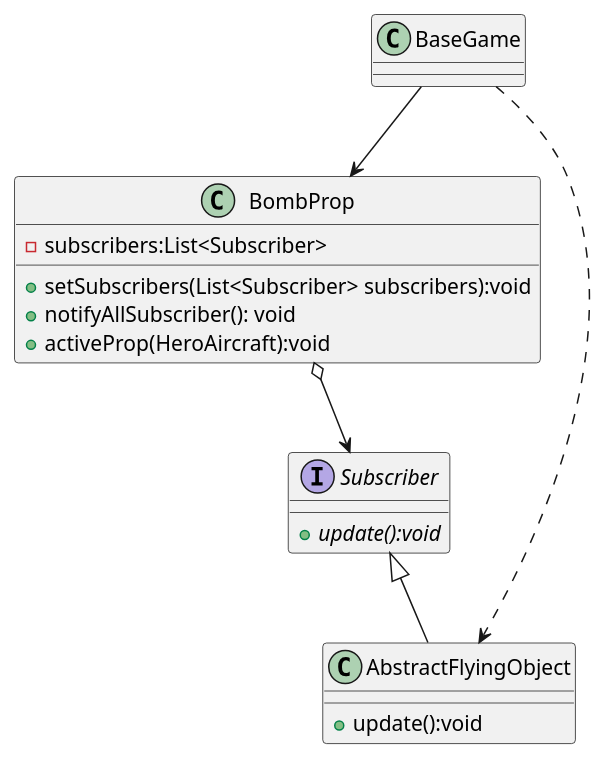
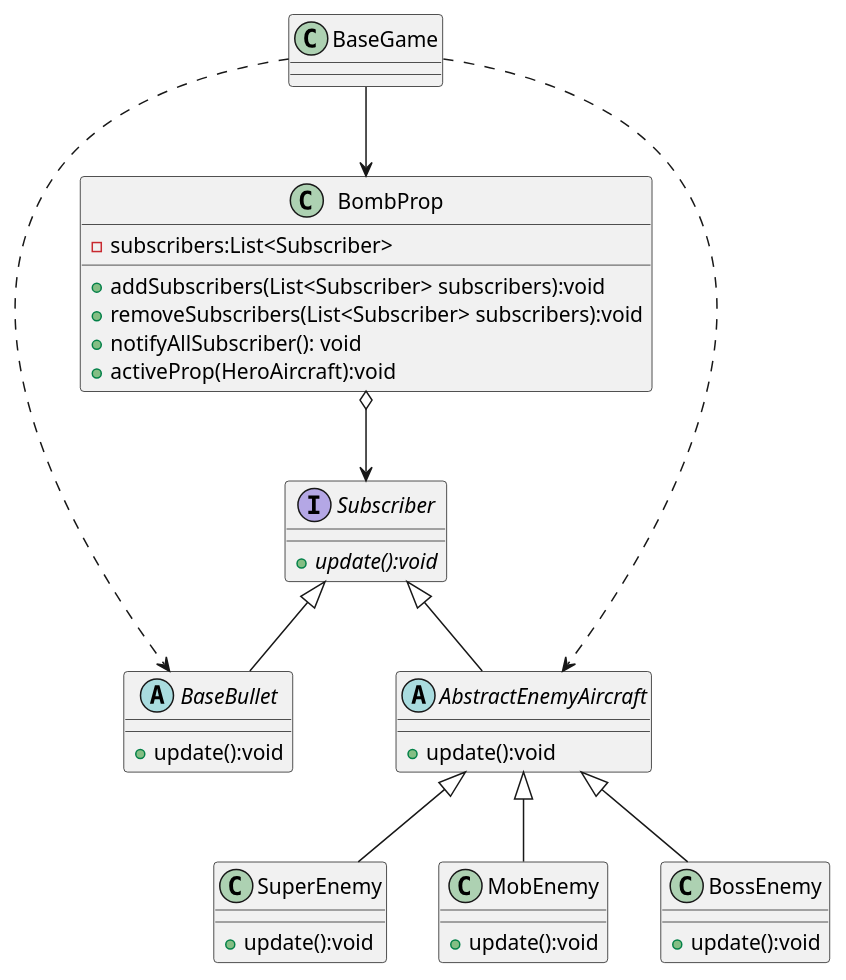
One commit to jirange/aircraft-war changed the diagram in uml/exp6-观察者模式道具UML类图.puml. Above: the diagram before and after it, drawn with PlantUML. The commit also changed 30 other files, not shown here.

```diff
--- a/uml/exp6-观察者模式道具UML类图.puml
+++ b/uml/exp6-观察者模式道具UML类图.puml
@@ -1,24 +1,44 @@
 @startuml
 'https://plantuml.com/sequence-diagram
 
 class BombProp {
 '发布者 publisher
     - subscribers:List<Subscriber>
-    + setSubscribers(List<Subscriber> subscribers):void
+    + addSubscribers(List<Subscriber> subscribers):void
+    + removeSubscribers(List<Subscriber> subscribers):void
     + notifyAllSubscriber(): void
     + activeProp(HeroAircraft):void
 }
 interface Subscriber{
 '订阅者接口'
     + {abstract}update():void
 }
 
+
 BombProp o--> Subscriber
 BaseGame --> BombProp
-BaseGame ..> AbstractFlyingObject
-Subscriber <|-- AbstractFlyingObject
+BaseGame ..> BaseBullet
+BaseGame ..> AbstractEnemyAircraft
 
-class AbstractFlyingObject {  /'订阅者'/
+Subscriber <|-- BaseBullet
+Subscriber <|-- AbstractEnemyAircraft
+
+abstract class AbstractEnemyAircraft {  /'订阅者'/
+    + update():void
+}
+class SuperEnemy {  /'订阅者'/
+    + update():void
+}
+class MobEnemy {  /'订阅者'/
+    + update():void
+}
+class BossEnemy {  /'订阅者'/
+    + update():void
+}
+AbstractEnemyAircraft <|-- SuperEnemy
+AbstractEnemyAircraft <|-- MobEnemy
+AbstractEnemyAircraft <|-- BossEnemy
+abstract class BaseBullet {  /'订阅者'/
     + update():void
 }
 @enduml
```
